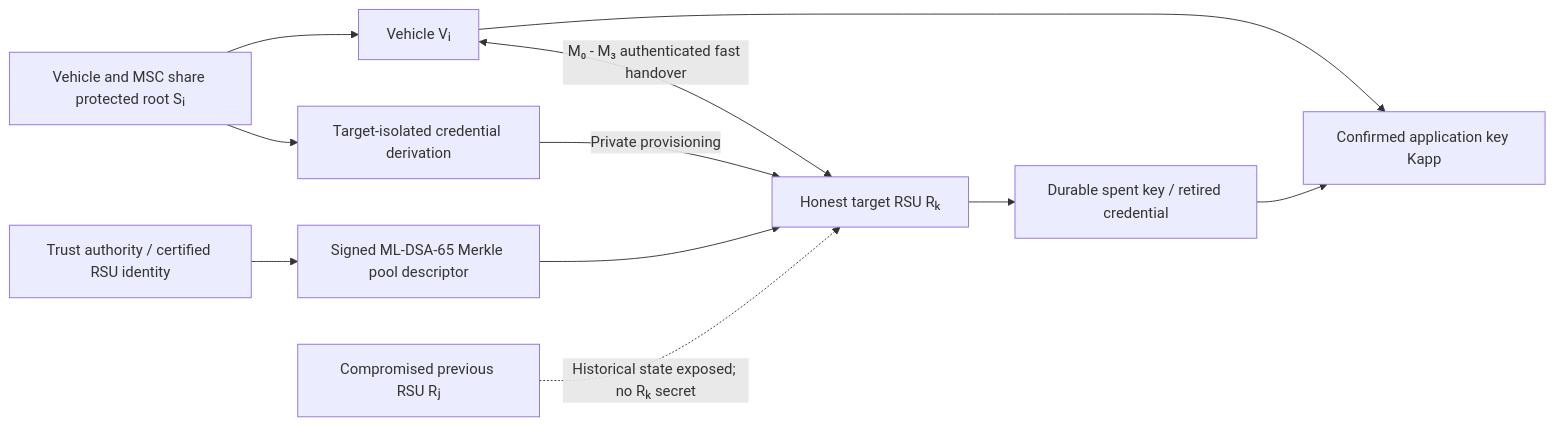
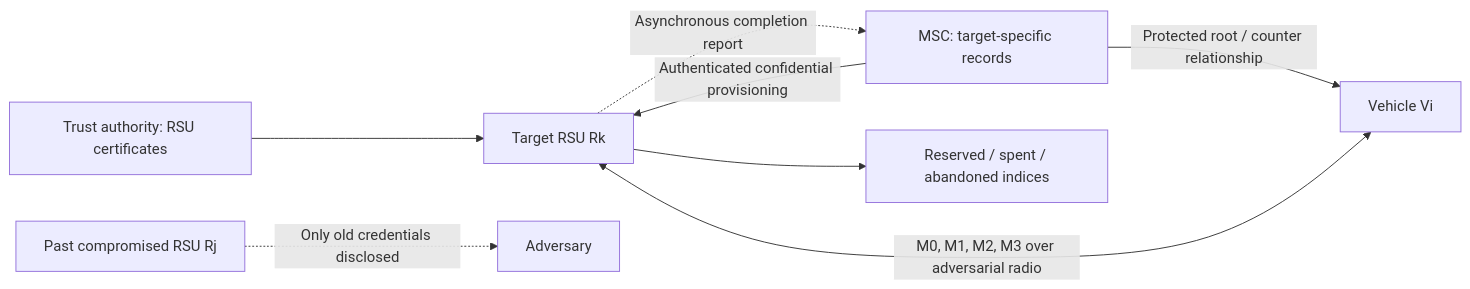
Before and after one commit to umborhan/MobiHeal: the diagram in README.md, drawn with Mermaid. The commit also changed other lines of this file, not shown here.

````diff
--- a/README.md
+++ b/README.md
@@ -23,13 +73,10 @@
 ```mermaid
 graph LR
-    A[Trust authority / certified RSU identity] --> D[Signed ML-DSA-65 Merkle pool descriptor]
-    B[Vehicle and MSC share protected root Sᵢ] --> C[Target-isolated credential derivation]
-    C -->|Private provisioning| E[Honest target RSU Rₖ]
-    D --> E
-    B --> F[Vehicle Vᵢ]
-    G[Compromised previous RSU Rⱼ] -.->|Historical state exposed; no Rₖ secret| E
-    F <-->|M₀ - M₃ authenticated fast handover| E
-    E --> H[Durable spent key / retired credential]
-    F --> I[Confirmed application key Kapp]
-    H --> I
+  TA[Trust authority: RSU certificates] --> RSU[Target RSU Rk]
+  MSC[MSC: target-specific records] -->|Authenticated confidential provisioning| RSU
+  MSC -->|Protected root / counter relationship| V[Vehicle Vi]
+  OLD[Past compromised RSU Rj] -.->|Only old credentials disclosed| ADV[Adversary]
+  V <-->|M0, M1, M2, M3 over adversarial radio| RSU
+  RSU --> STATE[Reserved / spent / abandoned indices]
+  RSU -.->|Asynchronous completion report| MSC
 ```
````
